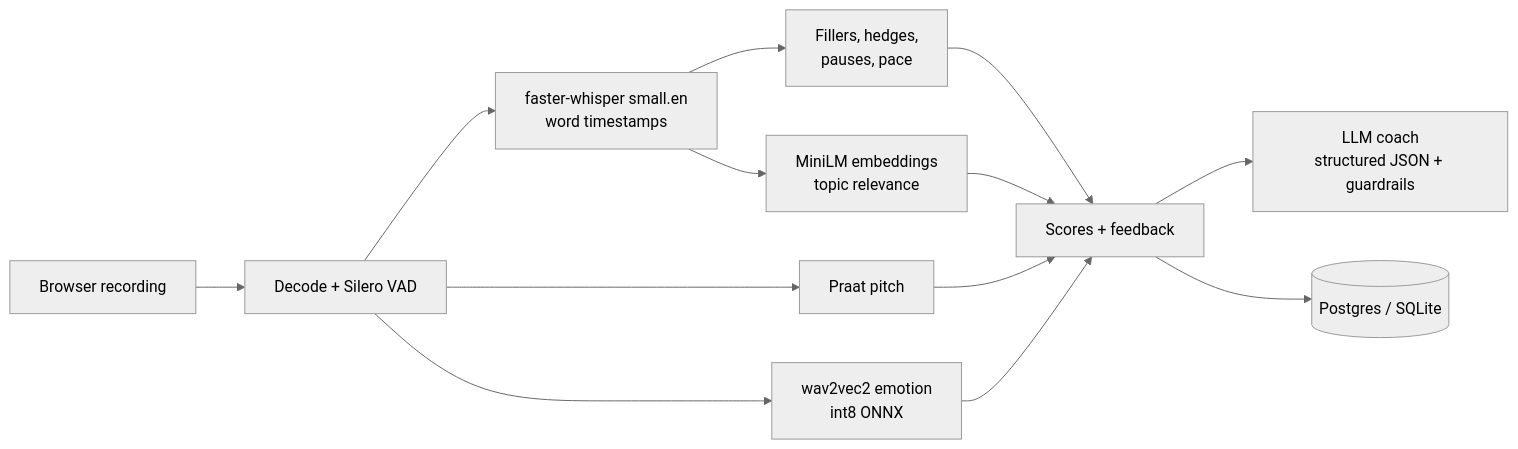
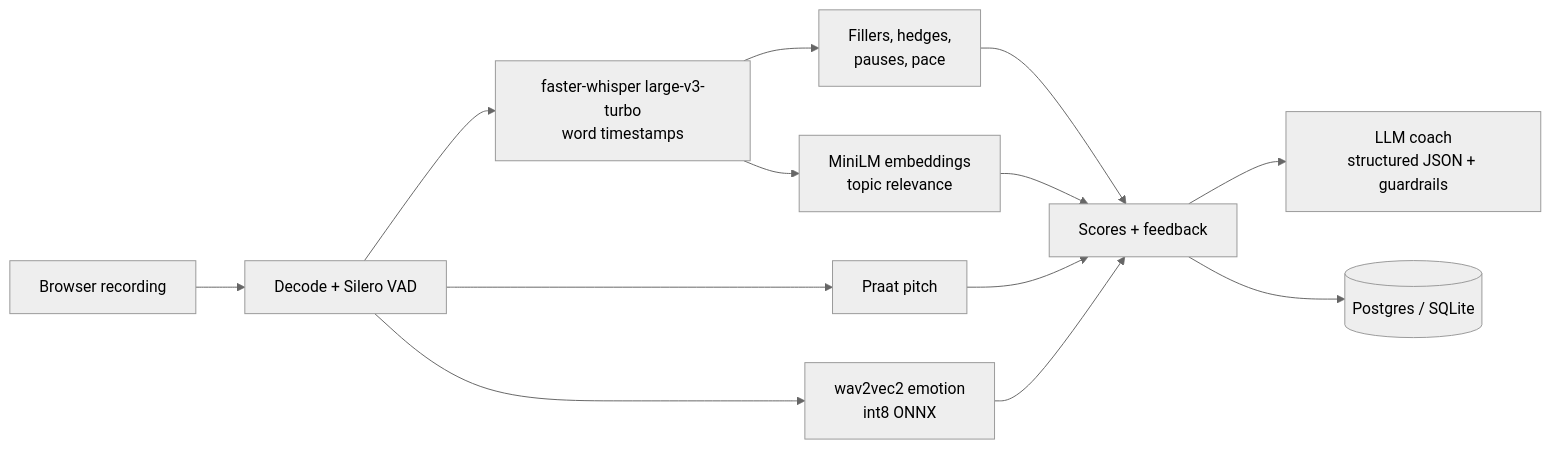
One commit to josephamal10/confident-talk-analyzer changed the diagram in README.md. Above: the diagram before and after it, drawn with Mermaid (neutral theme). The commit also changed other lines of this file and 6 other files, not shown here.

First line of the commit message:
Deploy on Modal with large-v3-turbo; CPU_THREADS for all models

````diff
--- a/README.md
+++ b/README.md
@@ -33,12 +22,12 @@
 ```mermaid
 flowchart LR
     A[Browser recording] --> B[Decode + Silero VAD]
-    B --> C[faster-whisper small.en<br/>word timestamps]
+    B --> C[faster-whisper large-v3-turbo<br/>word timestamps]
     C --> D[Fillers, hedges,<br/>pauses, pace]
     B --> E[Praat pitch]
     B --> F[wav2vec2 emotion<br/>int8 ONNX]
     C --> G[MiniLM embeddings<br/>topic relevance]
     D & E & F & G --> H[Scores + feedback]
     H --> I[LLM coach<br/>structured JSON + guardrails]
     H --> J[(Postgres / SQLite)]
 ```
````
